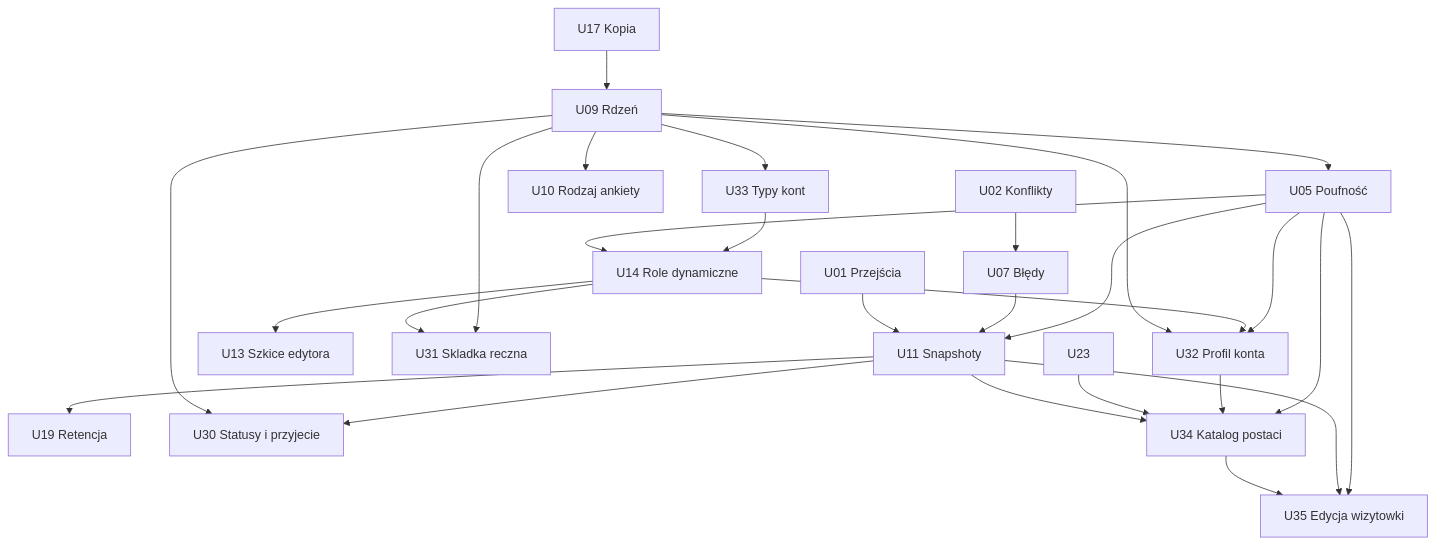
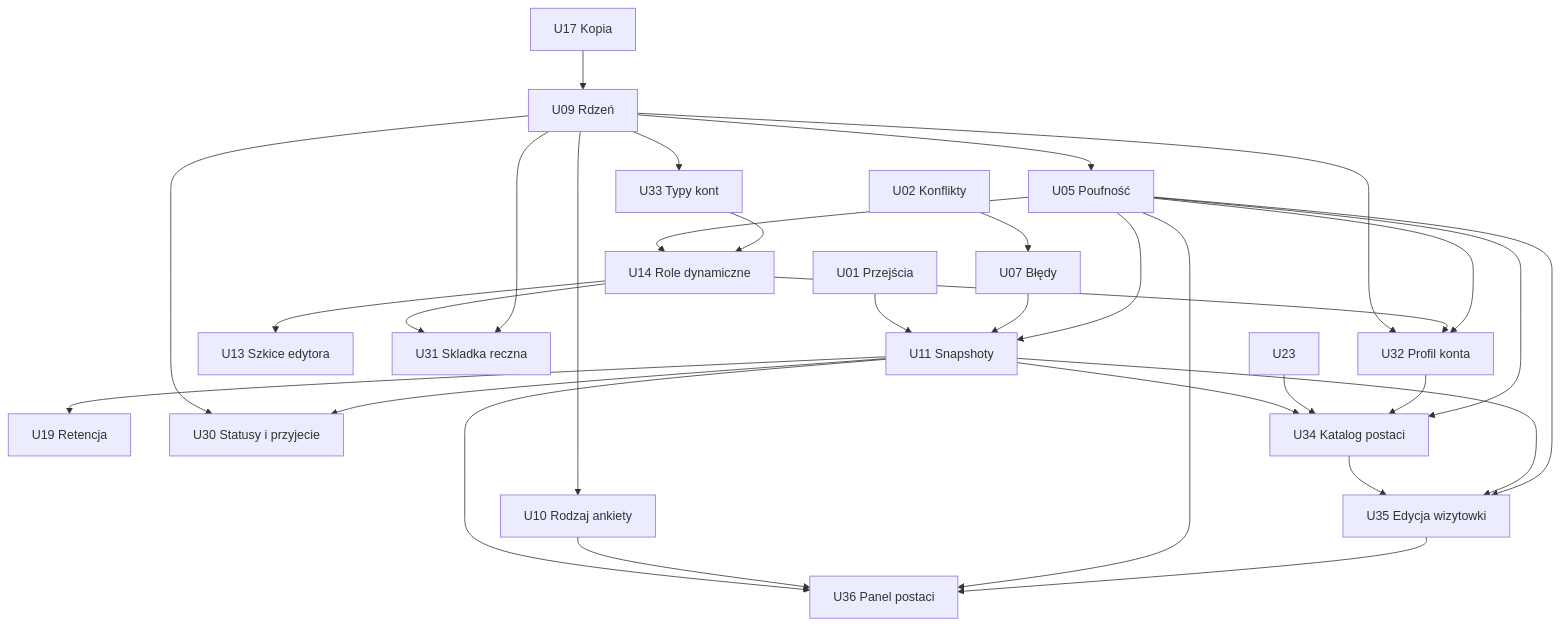
One commit to Krasny-Lis/ursunalia-character-generator changed the diagram in docs/planning/BACKLOG.md. Above: the diagram before and after it, drawn with Mermaid. The commit also changed other lines of this file, not shown here.

Commit message:
docs(backlog): add U36 character panel after submit, edit within panel, log name changes without notification

````diff
--- a/docs/planning/BACKLOG.md
+++ b/docs/planning/BACKLOG.md
@@ -488,29 +500,33 @@
 ```mermaid
 flowchart TD
     U01["U01 Przejścia"] --> U11["U11 Snapshoty"]
     U02["U02 Konflikty"] --> U07["U07 Błędy"]
     U07 --> U11
     U17["U17 Kopia"] --> U09["U09 Rdzeń"]
     U09 --> U05["U05 Poufność"]
     U09 --> U10["U10 Rodzaj ankiety"]
     U05 --> U11
     U05 --> U14["U14 Role dynamiczne"]
     U09 --> U33["U33 Typy kont"]
     U33 --> U14
     U11 --> U19["U19 Retencja"]
     U14 --> U13["U13 Szkice edytora"]
     U09 --> U30["U30 Statusy i przyjecie"]
     U11 --> U30
     U14 --> U31["U31 Skladka reczna"]
     U09 --> U32["U32 Profil konta"]
     U14 --> U32
     U05 --> U32
     U11 --> U34["U34 Katalog postaci"]
     U23 --> U34
     U32 --> U34
     U05 --> U34
     U34 --> U35["U35 Edycja wizytowki"]
+    U11 --> U36["U36 Panel postaci"]
+    U10 --> U36
+    U05 --> U36
+    U35 --> U36
     U11 --> U35
     U05 --> U35
     U09 --> U31
 ```
````
